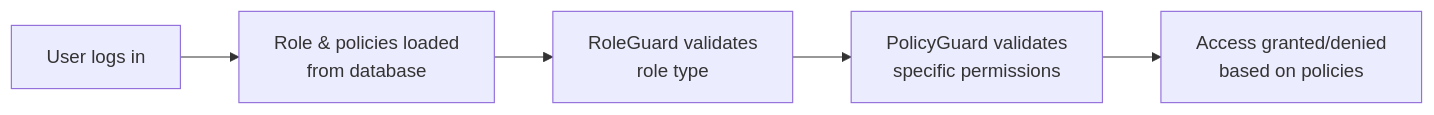
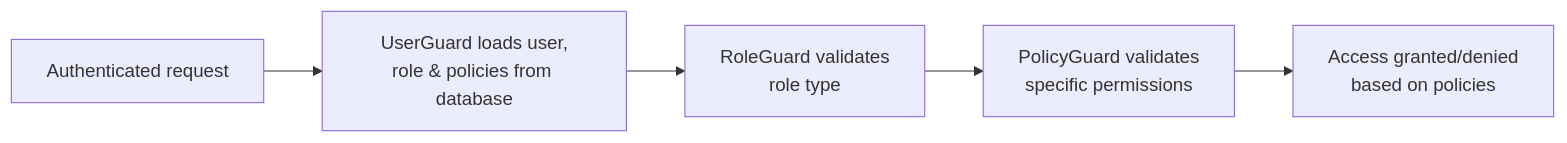
The fifth of 5 diagrams in docs/authorization.md (andrechristikan/ack-nestjs-boilerplate), drawn with Mermaid before and after one commit. The commit also changed other lines of this file and 1187 other files, not shown here.

````diff
--- a/docs/authorization.md
+++ b/docs/authorization.md
@@ -643,7 +671,7 @@
 ```mermaid
 flowchart LR
-    User[User logs in] --> LoadRole[Role & policies loaded<br/>from database]
+    User[Authenticated request] --> LoadRole[UserGuard loads user,<br/>role & policies from database]
     LoadRole --> RoleGuard[RoleGuard validates<br/>role type]
     RoleGuard --> PolicyGuard[PolicyGuard validates<br/>specific permissions]
     PolicyGuard --> Access[Access granted/denied<br/>based on policies]
 ```
````
